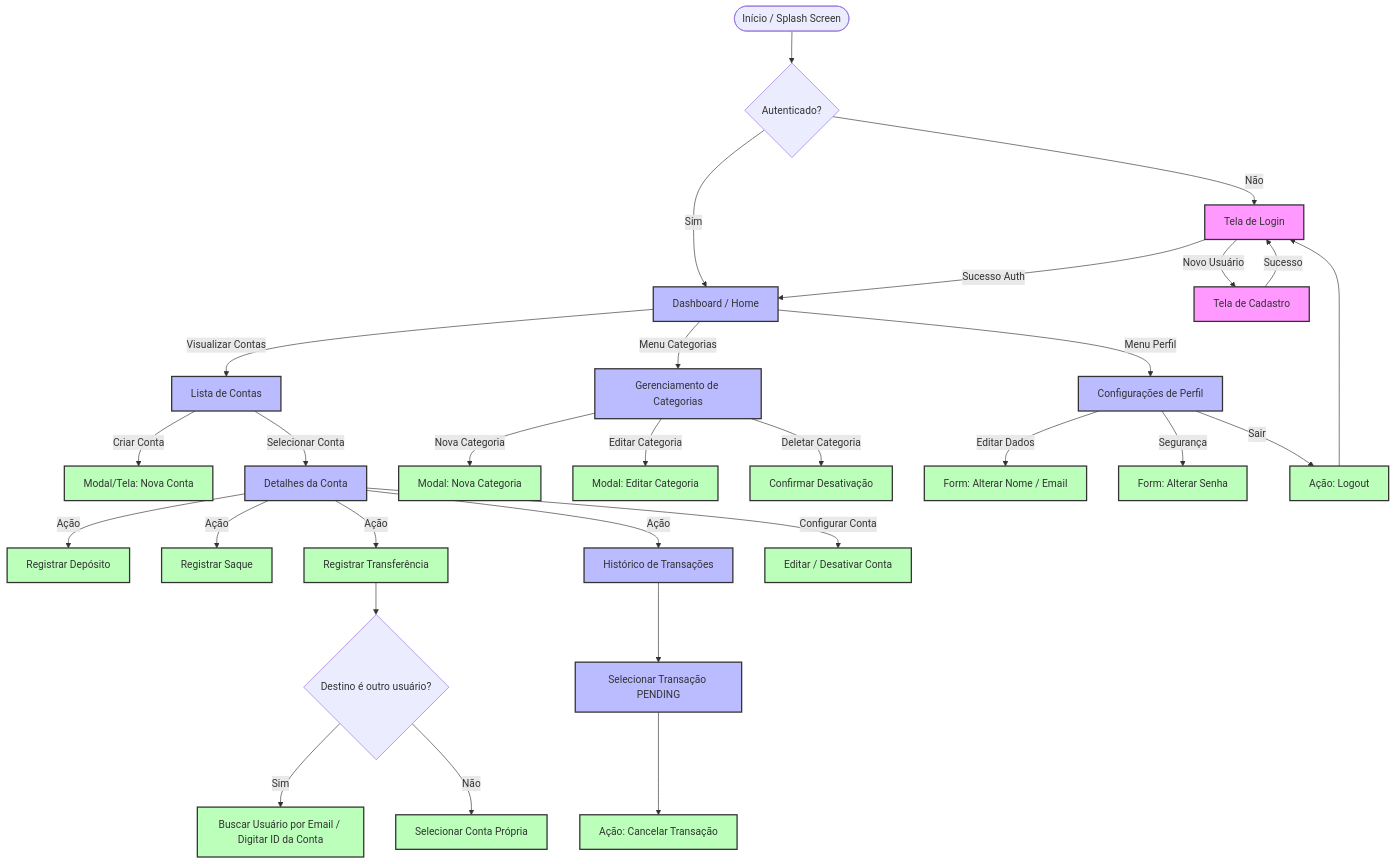
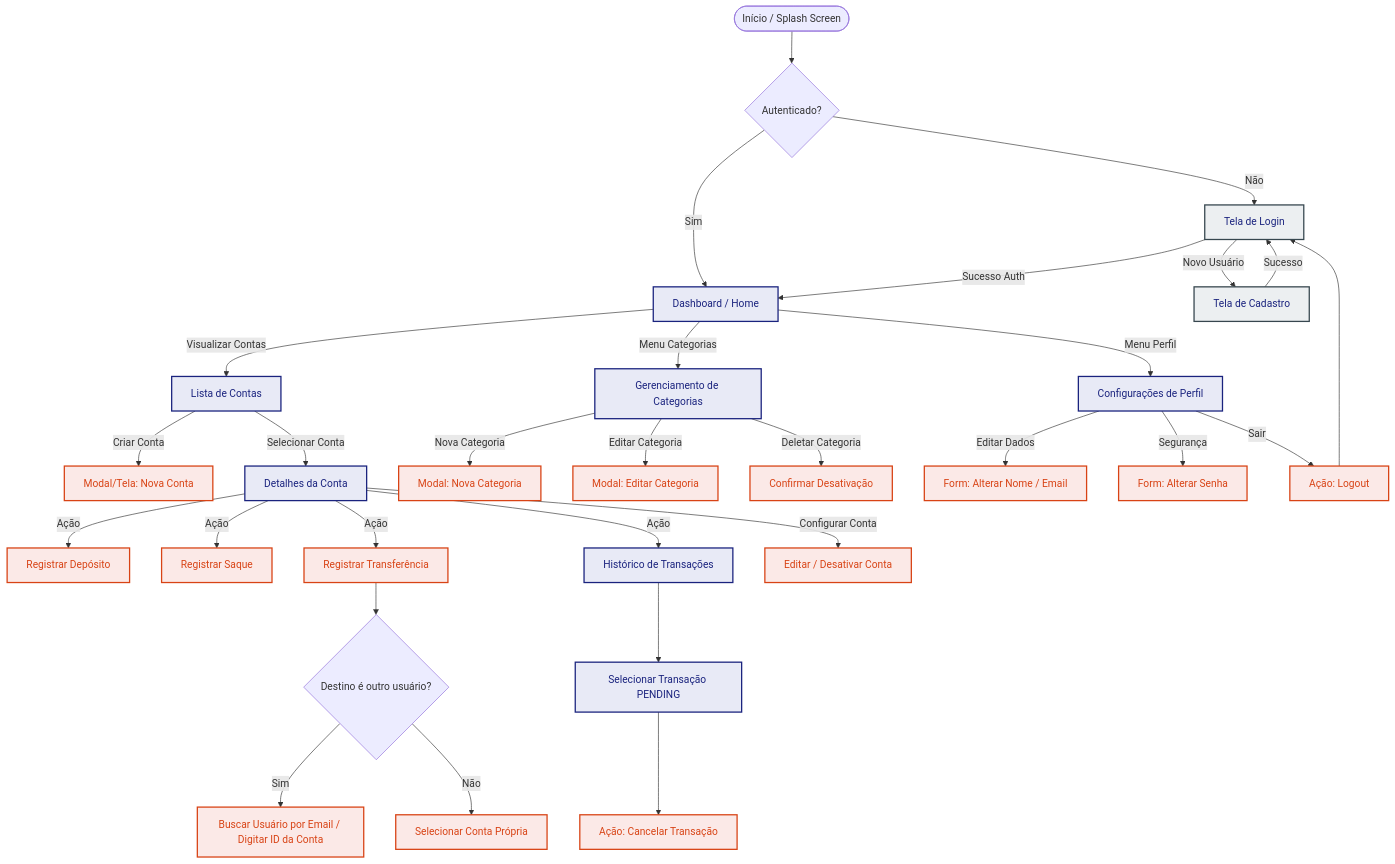
One commit to LucasSoalheiro/Minty changed the diagram in README.md. Above: the diagram before and after it, drawn with Mermaid.

Commit message:
fix: README.md change the color for better visualization

````diff
--- a/README.md
+++ b/README.md
@@ -125,50 +125,50 @@
 ```mermaid
 graph TD
     %% Estilos de nós
-    classDef public fill:#f9f,stroke:#333,stroke-width:2px;
-    classDef main fill:#bbf,stroke:#333,stroke-width:2px;
-    classDef action fill:#bfb,stroke:#333,stroke-width:2px;
+    classDef public fill:#ECEFF1,stroke:#37474F,stroke-width:2px,color:#1A237E;
+    classDef main fill:#E8EAF6,stroke:#1A237E,stroke-width:2px,color:#1A237E;
+    classDef action fill:#FBE9E7,stroke:#D84315,stroke-width:2px,color:#D84315;
     
     A([Início / Splash Screen]) --> B{Autenticado?}
     B -- Não --> C[Tela de Login]:::public
     B -- Sim --> D[Dashboard / Home]:::main
     
     C -->|Novo Usuário| E[Tela de Cadastro]:::public
     E -->|Sucesso| C
     C -->|Sucesso Auth| D
     
     %% Menu Principal / Abas
     D -->|Visualizar Contas| F[Lista de Contas]:::main
     D -->|Menu Categorias| G[Gerenciamento de Categorias]:::main
     D -->|Menu Perfil| H[Configurações de Perfil]:::main
     
     %% Fluxo de Contas
     F -->|Criar Conta| F1[Modal/Tela: Nova Conta]:::action
     F -->|Selecionar Conta| F2[Detalhes da Conta]:::main
     
     F2 -->|Ação| F3[Registrar Depósito]:::action
     F2 -->|Ação| F4[Registrar Saque]:::action
     F2 -->|Ação| F5[Registrar Transferência]:::action
     F2 -->|Ação| F6[Histórico de Transações]:::main
     F2 -->|Configurar Conta| F7[Editar / Desativar Conta]:::action
     
     %% Detalhes de Ações
     F5 --> F5_1{Destino é outro usuário?}
     F5_1 -- Sim --> F5_2[Buscar Usuário por Email / Digitar ID da Conta]:::action
     F5_1 -- Não --> F5_3[Selecionar Conta Própria]:::action
     
     %% Cancelamento no Histórico
     F6 --> F6_1[Selecionar Transação PENDING]:::main
     F6_1 --> F6_2[Ação: Cancelar Transação]:::action
     
     %% Fluxo de Categorias
     G -->|Nova Categoria| G1[Modal: Nova Categoria]:::action
     G -->|Editar Categoria| G2[Modal: Editar Categoria]:::action
     G -->|Deletar Categoria| G3[Confirmar Desativação]:::action
     
     %% Fluxo de Perfil
     H -->|Editar Dados| H1[Form: Alterar Nome / Email]:::action
     H -->|Segurança| H2[Form: Alterar Senha]:::action
     H -->|Sair| H3[Ação: Logout]:::action
     H3 --> C
 ```
````
